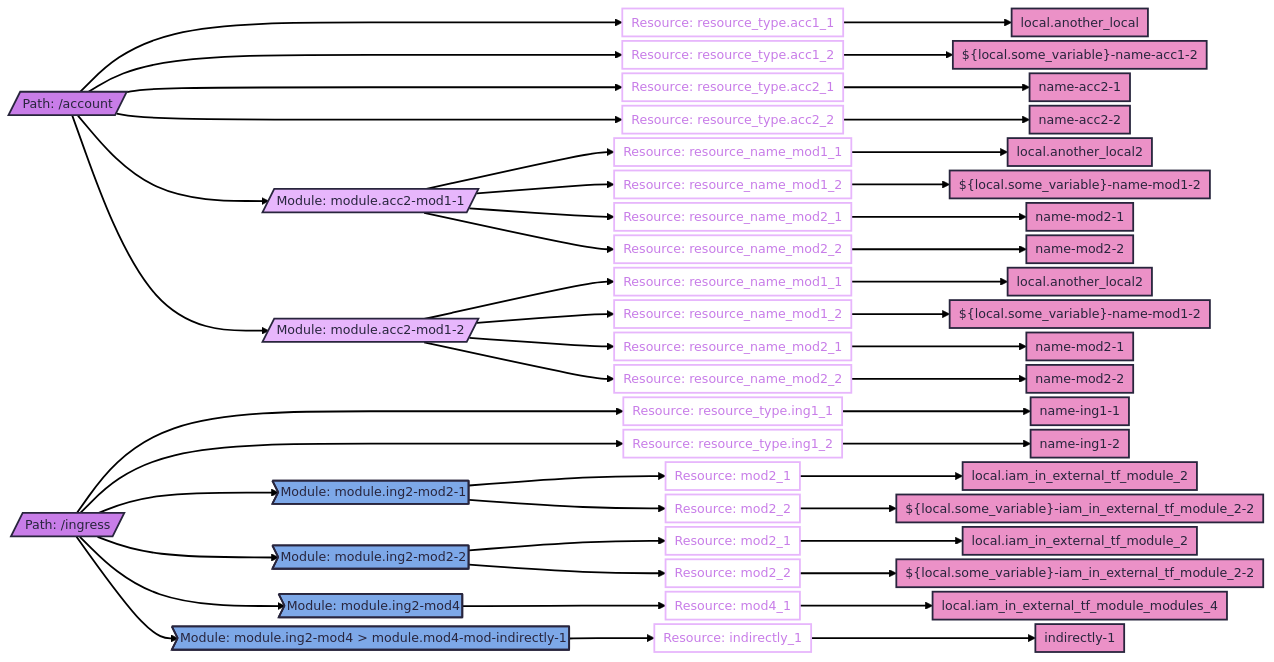
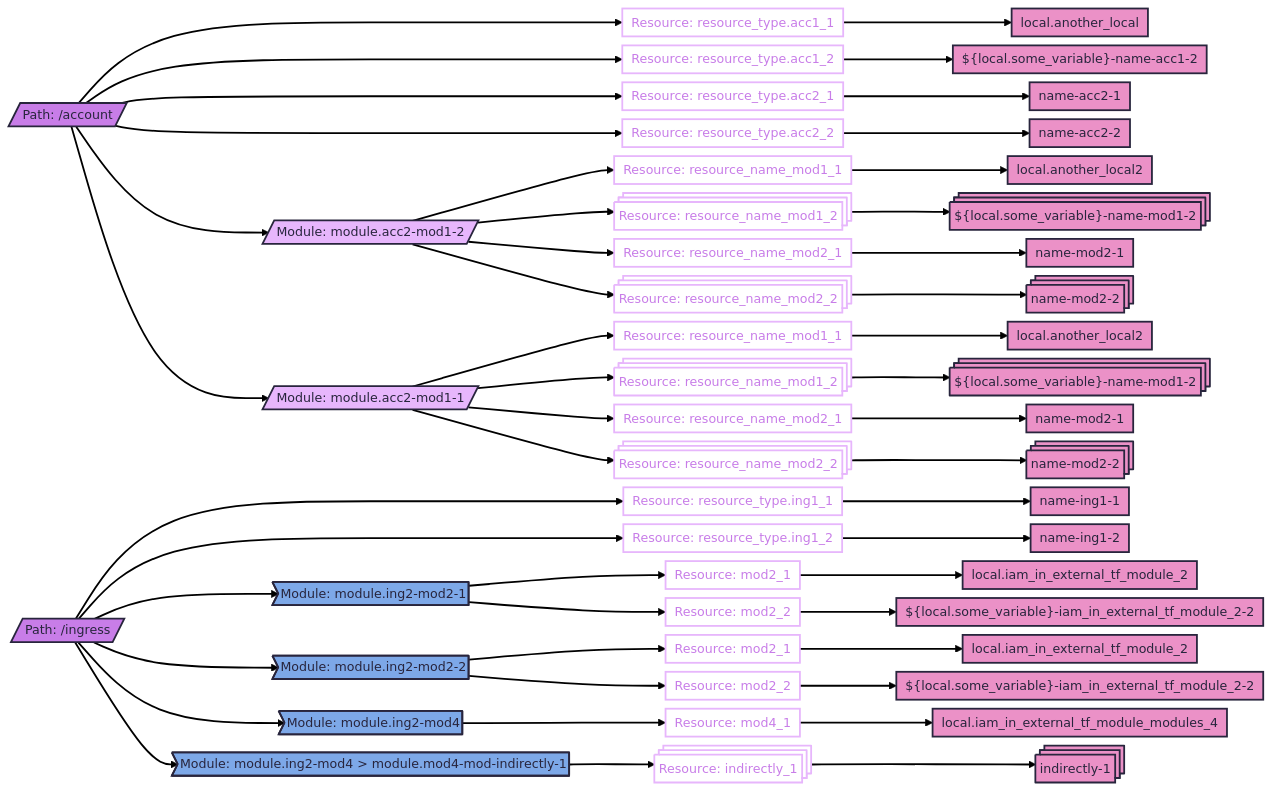
One commit to keenbytes/tfsketch changed the diagram in output.mmd. Above: the diagram before and after it, drawn with Mermaid. The commit also changed 5 other files, not shown here.

Commit message:
Use different shape for resource with for_each

```diff
--- a/output.mmd
+++ b/output.mmd
@@ -1,41 +1,41 @@
 ---
 config:
   theme: redux
   flowchart:
     diagramPadding: 5
     padding: 5
-    nodeSpacing: 5
+    nodeSpacing: 10
     wrappingWidth: 700
 ---
 flowchart LR
   classDef tf-path fill:#c87de8
   classDef tf-resource-name stroke:#e7b6fc,color:#c87de8
   classDef tf-int-mod fill:#e7b6fc
   classDef tf-ext-mod fill:#7da8e8
   classDef tf-resource-field-name fill:#eb91c7
   account[/"Path: /account"/]:::tf-path ---> account___acc11["Resource: resource_type.acc1_1"]:::tf-resource-name --> account___acc11___FieldName["local.another_local"]:::tf-resource-field-name
   account[/"Path: /account"/]:::tf-path ---> account___acc12["Resource: resource_type.acc1_2"]:::tf-resource-name --> account___acc12___FieldName["${local.some_variable}-name-acc1-2"]:::tf-resource-field-name
   account[/"Path: /account"/]:::tf-path ---> account___acc21["Resource: resource_type.acc2_1"]:::tf-resource-name --> account___acc21___FieldName["name-acc2-1"]:::tf-resource-field-name
   account[/"Path: /account"/]:::tf-path ---> account___acc22["Resource: resource_type.acc2_2"]:::tf-resource-name --> account___acc22___FieldName["name-acc2-2"]:::tf-resource-field-name
+  account[/"Path: /account"/]:::tf-path --> account___mod___accountmodulesmodule1___acc2mod12[/"Module: module.acc2-mod1-2"/]:::tf-int-mod
+  account___mod___accountmodulesmodule1___acc2mod12[/"Module: module.acc2-mod1-2"/]:::tf-int-mod --> account___mod___accountmodulesmodule1___acc2mod12___resourcenamemod11["Resource: resource_name_mod1_1"]:::tf-resource-name --> account___mod___accountmodulesmodule1___acc2mod12___resourcenamemod11___FieldName["local.another_local2"]:::tf-resource-field-name
+  account___mod___accountmodulesmodule1___acc2mod12[/"Module: module.acc2-mod1-2"/]:::tf-int-mod --> account___mod___accountmodulesmodule1___acc2mod12___resourcenamemod12["Resource: resource_name_mod1_2"]:::tf-resource-name@{ shape: procs } --> account___mod___accountmodulesmodule1___acc2mod12___resourcenamemod12___FieldName["${local.some_variable}-name-mod1-2"]:::tf-resource-field-name@{ shape: procs }
+  account___mod___accountmodulesmodule1___acc2mod12[/"Module: module.acc2-mod1-2"/]:::tf-int-mod --> account___mod___accountmodulesmodule1___acc2mod12___resourcenamemod21["Resource: resource_name_mod2_1"]:::tf-resource-name --> account___mod___accountmodulesmodule1___acc2mod12___resourcenamemod21___FieldName["name-mod2-1"]:::tf-resource-field-name
+  account___mod___accountmodulesmodule1___acc2mod12[/"Module: module.acc2-mod1-2"/]:::tf-int-mod --> account___mod___accountmodulesmodule1___acc2mod12___resourcenamemod22["Resource: resource_name_mod2_2"]:::tf-resource-name@{ shape: procs } --> account___mod___accountmodulesmodule1___acc2mod12___resourcenamemod22___FieldName["name-mod2-2"]:::tf-resource-field-name@{ shape: procs }
   account[/"Path: /account"/]:::tf-path --> account___mod___accountmodulesmodule1___acc2mod11[/"Module: module.acc2-mod1-1"/]:::tf-int-mod
   account___mod___accountmodulesmodule1___acc2mod11[/"Module: module.acc2-mod1-1"/]:::tf-int-mod --> account___mod___accountmodulesmodule1___acc2mod11___resourcenamemod11["Resource: resource_name_mod1_1"]:::tf-resource-name --> account___mod___accountmodulesmodule1___acc2mod11___resourcenamemod11___FieldName["local.another_local2"]:::tf-resource-field-name
-  account___mod___accountmodulesmodule1___acc2mod11[/"Module: module.acc2-mod1-1"/]:::tf-int-mod --> account___mod___accountmodulesmodule1___acc2mod11___resourcenamemod12["Resource: resource_name_mod1_2"]:::tf-resource-name --> account___mod___accountmodulesmodule1___acc2mod11___resourcenamemod12___FieldName["${local.some_variable}-name-mod1-2"]:::tf-resource-field-name
+  account___mod___accountmodulesmodule1___acc2mod11[/"Module: module.acc2-mod1-1"/]:::tf-int-mod --> account___mod___accountmodulesmodule1___acc2mod11___resourcenamemod12["Resource: resource_name_mod1_2"]:::tf-resource-name@{ shape: procs } --> account___mod___accountmodulesmodule1___acc2mod11___resourcenamemod12___FieldName["${local.some_variable}-name-mod1-2"]:::tf-resource-field-name@{ shape: procs }
   account___mod___accountmodulesmodule1___acc2mod11[/"Module: module.acc2-mod1-1"/]:::tf-int-mod --> account___mod___accountmodulesmodule1___acc2mod11___resourcenamemod21["Resource: resource_name_mod2_1"]:::tf-resource-name --> account___mod___accountmodulesmodule1___acc2mod11___resourcenamemod21___FieldName["name-mod2-1"]:::tf-resource-field-name
-  account___mod___accountmodulesmodule1___acc2mod11[/"Module: module.acc2-mod1-1"/]:::tf-int-mod --> account___mod___accountmodulesmodule1___acc2mod11___resourcenamemod22["Resource: resource_name_mod2_2"]:::tf-resource-name --> account___mod___accountmodulesmodule1___acc2mod11___resourcenamemod22___FieldName["name-mod2-2"]:::tf-resource-field-name
-  account[/"Path: /account"/]:::tf-path --> account___mod___accountmodulesmodule1___acc2mod12[/"Module: module.acc2-mod1-2"/]:::tf-int-mod
-  account___mod___accountmodulesmodule1___acc2mod12[/"Module: module.acc2-mod1-2"/]:::tf-int-mod --> account___mod___accountmodulesmodule1___acc2mod12___resourcenamemod11["Resource: resource_name_mod1_1"]:::tf-resource-name --> account___mod___accountmodulesmodule1___acc2mod12___resourcenamemod11___FieldName["local.another_local2"]:::tf-resource-field-name
-  account___mod___accountmodulesmodule1___acc2mod12[/"Module: module.acc2-mod1-2"/]:::tf-int-mod --> account___mod___accountmodulesmodule1___acc2mod12___resourcenamemod12["Resource: resource_name_mod1_2"]:::tf-resource-name --> account___mod___accountmodulesmodule1___acc2mod12___resourcenamemod12___FieldName["${local.some_variable}-name-mod1-2"]:::tf-resource-field-name
-  account___mod___accountmodulesmodule1___acc2mod12[/"Module: module.acc2-mod1-2"/]:::tf-int-mod --> account___mod___accountmodulesmodule1___acc2mod12___resourcenamemod21["Resource: resource_name_mod2_1"]:::tf-resource-name --> account___mod___accountmodulesmodule1___acc2mod12___resourcenamemod21___FieldName["name-mod2-1"]:::tf-resource-field-name
-  account___mod___accountmodulesmodule1___acc2mod12[/"Module: module.acc2-mod1-2"/]:::tf-int-mod --> account___mod___accountmodulesmodule1___acc2mod12___resourcenamemod22["Resource: resource_name_mod2_2"]:::tf-resource-name --> account___mod___accountmodulesmodule1___acc2mod12___resourcenamemod22___FieldName["name-mod2-2"]:::tf-resource-field-name
+  account___mod___accountmodulesmodule1___acc2mod11[/"Module: module.acc2-mod1-1"/]:::tf-int-mod --> account___mod___accountmodulesmodule1___acc2mod11___resourcenamemod22["Resource: resource_name_mod2_2"]:::tf-resource-name@{ shape: procs } --> account___mod___accountmodulesmodule1___acc2mod11___resourcenamemod22___FieldName["name-mod2-2"]:::tf-resource-field-name@{ shape: procs }
   ingress[/"Path: /ingress"/]:::tf-path ---> ingress___ing11["Resource: resource_type.ing1_1"]:::tf-resource-name --> ingress___ing11___FieldName["name-ing1-1"]:::tf-resource-field-name
   ingress[/"Path: /ingress"/]:::tf-path ---> ingress___ing12["Resource: resource_type.ing1_2"]:::tf-resource-name --> ingress___ing12___FieldName["name-ing1-2"]:::tf-resource-field-name
   ingress[/"Path: /ingress"/]:::tf-path --> ingress___mod___root___ing2mod21>"Module: module.ing2-mod2-1"]:::tf-ext-mod
   ingress___mod___root___ing2mod21>"Module: module.ing2-mod2-1"]:::tf-ext-mod --> ingress___mod___root___ing2mod21___mod21["Resource: mod2_1"]:::tf-resource-name --> ingress___mod___root___ing2mod21___mod21___FieldName["local.iam_in_external_tf_module_2"]:::tf-resource-field-name
   ingress___mod___root___ing2mod21>"Module: module.ing2-mod2-1"]:::tf-ext-mod --> ingress___mod___root___ing2mod21___mod22["Resource: mod2_2"]:::tf-resource-name --> ingress___mod___root___ing2mod21___mod22___FieldName["${local.some_variable}-iam_in_external_tf_module_2-2"]:::tf-resource-field-name
   ingress[/"Path: /ingress"/]:::tf-path --> ingress___mod___root___ing2mod22>"Module: module.ing2-mod2-2"]:::tf-ext-mod
   ingress___mod___root___ing2mod22>"Module: module.ing2-mod2-2"]:::tf-ext-mod --> ingress___mod___root___ing2mod22___mod21["Resource: mod2_1"]:::tf-resource-name --> ingress___mod___root___ing2mod22___mod21___FieldName["local.iam_in_external_tf_module_2"]:::tf-resource-field-name
   ingress___mod___root___ing2mod22>"Module: module.ing2-mod2-2"]:::tf-ext-mod --> ingress___mod___root___ing2mod22___mod22["Resource: mod2_2"]:::tf-resource-name --> ingress___mod___root___ing2mod22___mod22___FieldName["${local.some_variable}-iam_in_external_tf_module_2-2"]:::tf-resource-field-name
   ingress[/"Path: /ingress"/]:::tf-path --> ingress___mod___root___ing2mod4>"Module: module.ing2-mod4"]:::tf-ext-mod
   ingress___mod___root___ing2mod4>"Module: module.ing2-mod4"]:::tf-ext-mod --> ingress___mod___root___ing2mod4___mod41["Resource: mod4_1"]:::tf-resource-name --> ingress___mod___root___ing2mod4___mod41___FieldName["local.iam_in_external_tf_module_modules_4"]:::tf-resource-field-name
   ingress[/"Path: /ingress"/]:::tf-path --> ingress___mod___root___ing2mod4___mod4modindirectly1>"Module: module.ing2-mod4 > module.mod4-mod-indirectly-1"]:::tf-ext-mod
-  ingress___mod___root___ing2mod4___mod4modindirectly1>"Module: module.ing2-mod4 > module.mod4-mod-indirectly-1"]:::tf-ext-mod --> ingress___mod___root___ing2mod4___mod4modindirectly1___indirectly1["Resource: indirectly_1"]:::tf-resource-name --> ingress___mod___root___ing2mod4___mod4modindirectly1___indirectly1___FieldName["indirectly-1"]:::tf-resource-field-name
+  ingress___mod___root___ing2mod4___mod4modindirectly1>"Module: module.ing2-mod4 > module.mod4-mod-indirectly-1"]:::tf-ext-mod --> ingress___mod___root___ing2mod4___mod4modindirectly1___indirectly1["Resource: indirectly_1"]:::tf-resource-name@{ shape: procs } --> ingress___mod___root___ing2mod4___mod4modindirectly1___indirectly1___FieldName["indirectly-1"]:::tf-resource-field-name@{ shape: procs }
```
